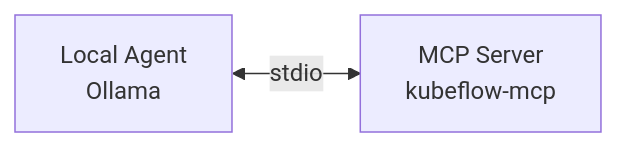
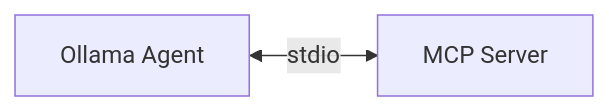
One commit to abhijeet-dhumal/mcp-server changed the diagram in docs/source/guide/agents.rst. Above: the diagram before and after it, drawn with Mermaid. The commit also changed other lines of this file and 24 other files, not shown here.

```diff
--- a/docs/source/guide/agents.rst
+++ b/docs/source/guide/agents.rst
@@ -181,4 +61,4 @@
 .. mermaid::
 
    flowchart LR
-       A[Local Agent<br/>Ollama] <-->|stdio| B[MCP Server<br/>kubeflow-mcp]
+       A[Ollama Agent] <-->|stdio| B[MCP Server]
```
